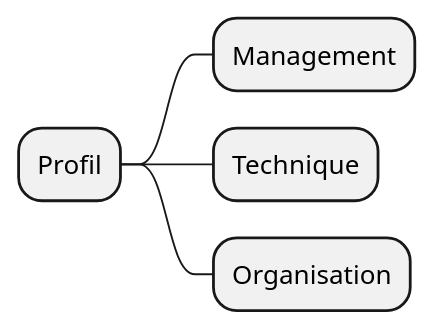
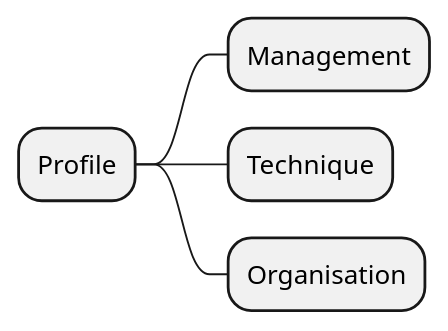
The diagram in diagram/profile.puml (diplomegalo/roadmap), drawn with PlantUML before and after one commit. The commit also changed 4 other files, not shown here.

```diff
--- a/diagram/profile.puml
+++ b/diagram/profile.puml
@@ -1,6 +1,6 @@
 @startmindmap
-* Profil
+* Profile
 ** Management
 ** Technique
 ** Organisation
 @endmindmap
```
